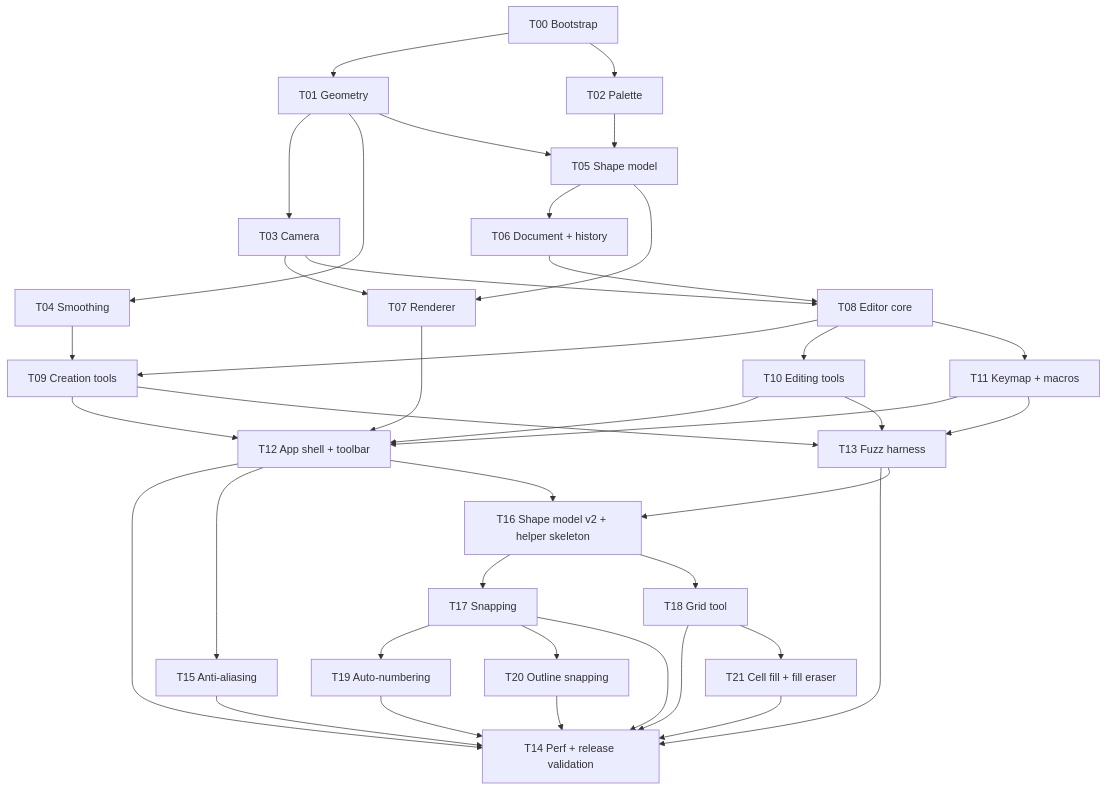
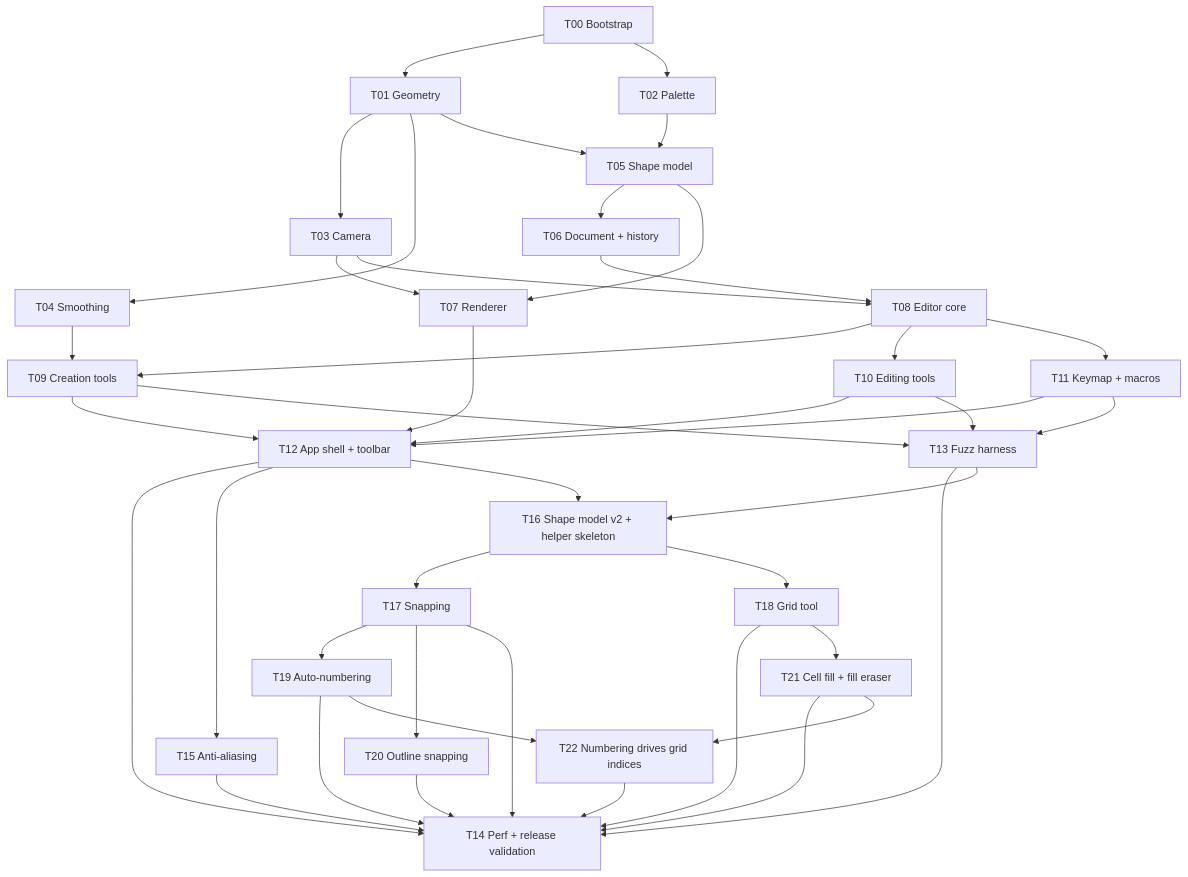
The diagram in docs/tasks/Task Board.md (UmBender/draw), drawn with Mermaid before and after one commit. The commit also changed other lines of this file and 5 other files, not shown here.

````diff
--- a/docs/tasks/Task Board.md
+++ b/docs/tasks/Task Board.md
@@ -12,41 +12,44 @@
 ```mermaid
 flowchart TD
   T00[T00 Bootstrap] --> T01[T01 Geometry]
   T00 --> T02[T02 Palette]
   T01 --> T03[T03 Camera]
   T01 --> T04[T04 Smoothing]
   T01 --> T05[T05 Shape model]
   T02 --> T05
   T05 --> T06[T06 Document + history]
   T03 --> T07[T07 Renderer]
   T05 --> T07
   T03 --> T08[T08 Editor core]
   T06 --> T08
   T08 --> T09[T09 Creation tools]
   T04 --> T09
   T08 --> T10[T10 Editing tools]
   T08 --> T11[T11 Keymap + macros]
   T07 --> T12[T12 App shell + toolbar]
   T09 --> T12
   T10 --> T12
   T11 --> T12
   T09 --> T13[T13 Fuzz harness]
   T10 --> T13
   T11 --> T13
   T12 --> T14[T14 Perf + release validation]
   T13 --> T14
   T12 --> T15[T15 Anti-aliasing]
   T12 --> T16[T16 Shape model v2 + helper skeleton]
   T13 --> T16
   T16 --> T17[T17 Snapping]
   T16 --> T18[T18 Grid tool]
   T17 --> T19[T19 Auto-numbering]
   T17 --> T20[T20 Outline snapping]
   T15 --> T14
   T17 --> T14
   T18 --> T14
   T19 --> T14
   T20 --> T14
   T18 --> T21[T21 Cell fill + fill eraser]
   T21 --> T14
+  T19 --> T22[T22 Numbering drives grid indices]
+  T21 --> T22
+  T22 --> T14
 ```
````
